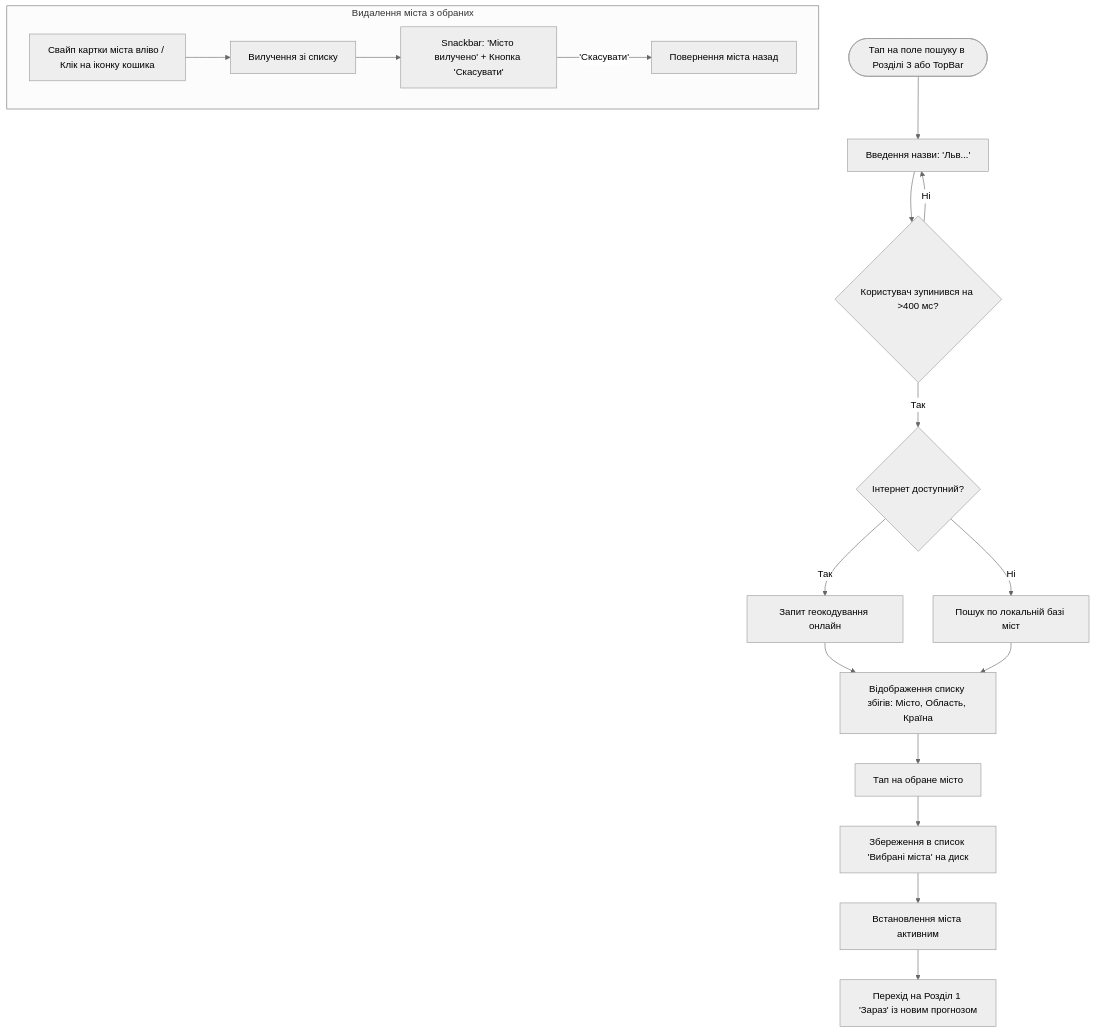
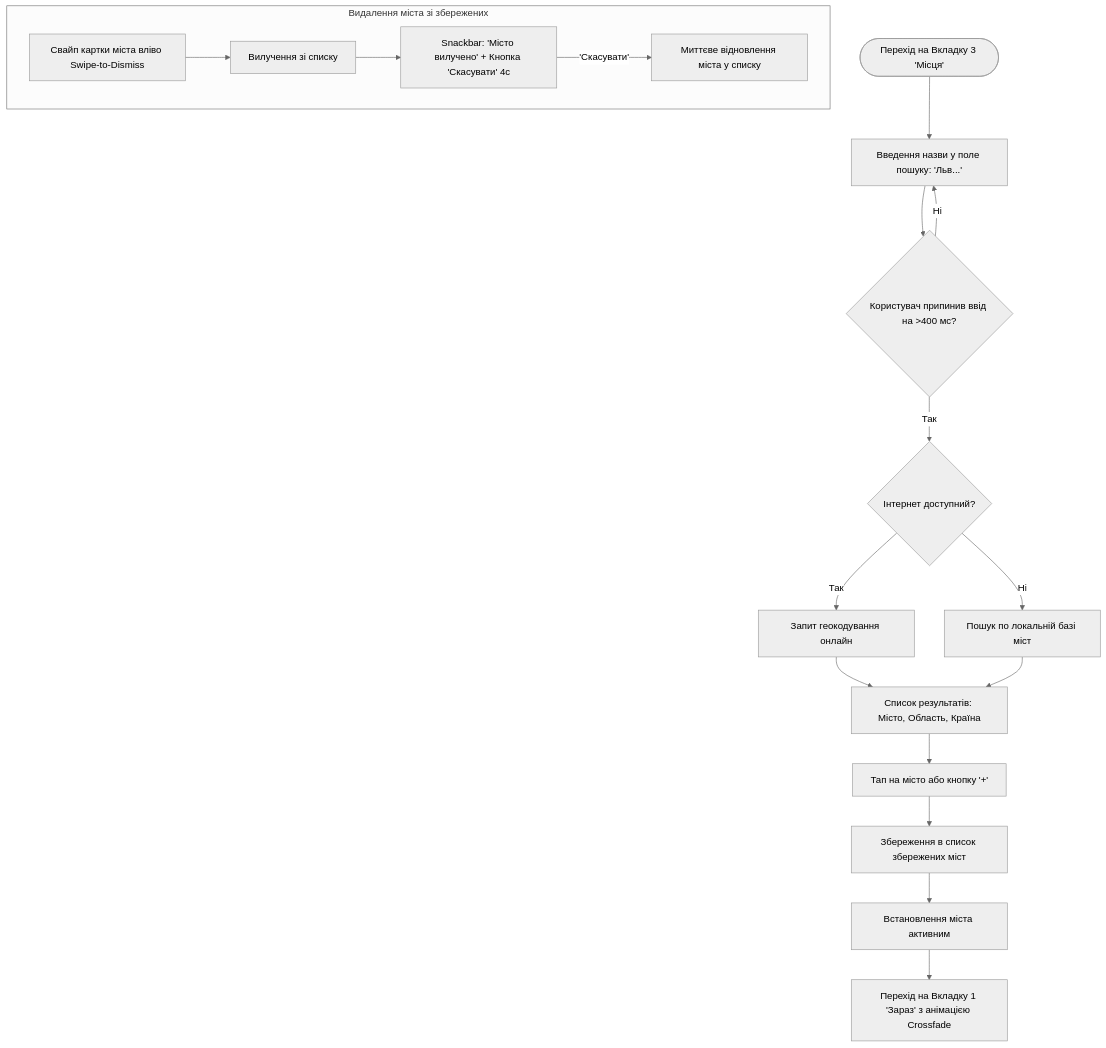
One commit to SaVoJ13/wather changed the third of 10 diagrams in docs/ux/USER_FLOWS.md. Above: the diagram before and after it, drawn with Mermaid (neutral theme). The commit also changed other lines of this file and 10 other files, not shown here.

````diff
--- a/docs/ux/USER_FLOWS.md
+++ b/docs/ux/USER_FLOWS.md
@@ -212,24 +245,24 @@
 ```mermaid
 flowchart TD
-    UserOpenSearch([Тап на поле пошуку в Розділі 3 або TopBar]) --> SearchInput[Введення назви: 'Льв...']
-    SearchInput --> DebounceWait{Користувач зупинився на >400 мс?}
+    UserOpenPlaces([Перехід на Вкладку 3 'Місця']) --> SearchInput[Введення назви у поле пошуку: 'Льв...']
+    SearchInput --> DebounceWait{Користувач припинив ввід на >400 мс?}
     DebounceWait -- Ні --> SearchInput
     DebounceWait -- Так --> CheckNet{Інтернет доступний?}
     
     CheckNet -- Так --> CallGeoAPI[Запит геокодування онлайн]
     CheckNet -- Ні --> LocalDBSearch[Пошук по локальній базі міст]
     
-    CallGeoAPI --> ShowResults[Відображення списку збігів: Місто, Область, Країна]
+    CallGeoAPI --> ShowResults[Список результатів: Місто, Область, Країна]
     LocalDBSearch --> ShowResults
     
-    ShowResults --> TapCity[Тап на обране місто]
-    TapCity --> SaveToFav[Збереження в список 'Вибрані міста' на диск]
+    ShowResults --> TapAdd[Тап на місто або кнопку '+']
+    TapAdd --> SaveToFav[Збереження в список збережених міст]
     SaveToFav --> SwitchActive[Встановлення міста активним]
-    SwitchActive --> AutoNav[Перехід на Розділ 1 'Зараз' із новим прогнозом]
+    SwitchActive --> AutoNav[Перехід на Вкладку 1 'Зараз' з анімацією Crossfade]
     
-    subgraph DeleteFlow["Видалення міста з обраних"]
-        SwipeCity[Свайп картки міста вліво / Клік на іконку кошика] --> RemoveFav[Вилучення зі списку]
-        RemoveFav --> ShowUndo[Snackbar: 'Місто вилучено' + Кнопка 'Скасувати']
-        ShowUndo -- 'Скасувати' --> RestoreCity[Повернення міста назад]
+    subgraph DeleteFlow["Видалення міста зі збережених"]
+        SwipeCity[Свайп картки міста вліво Swipe-to-Dismiss] --> RemoveFav[Вилучення зі списку]
+        RemoveFav --> ShowUndo[Snackbar: 'Місто вилучено' + Кнопка 'Скасувати' 4с]
+        ShowUndo -- 'Скасувати' --> RestoreCity[Миттєве відновлення міста у списку]
     end
 ```
````
